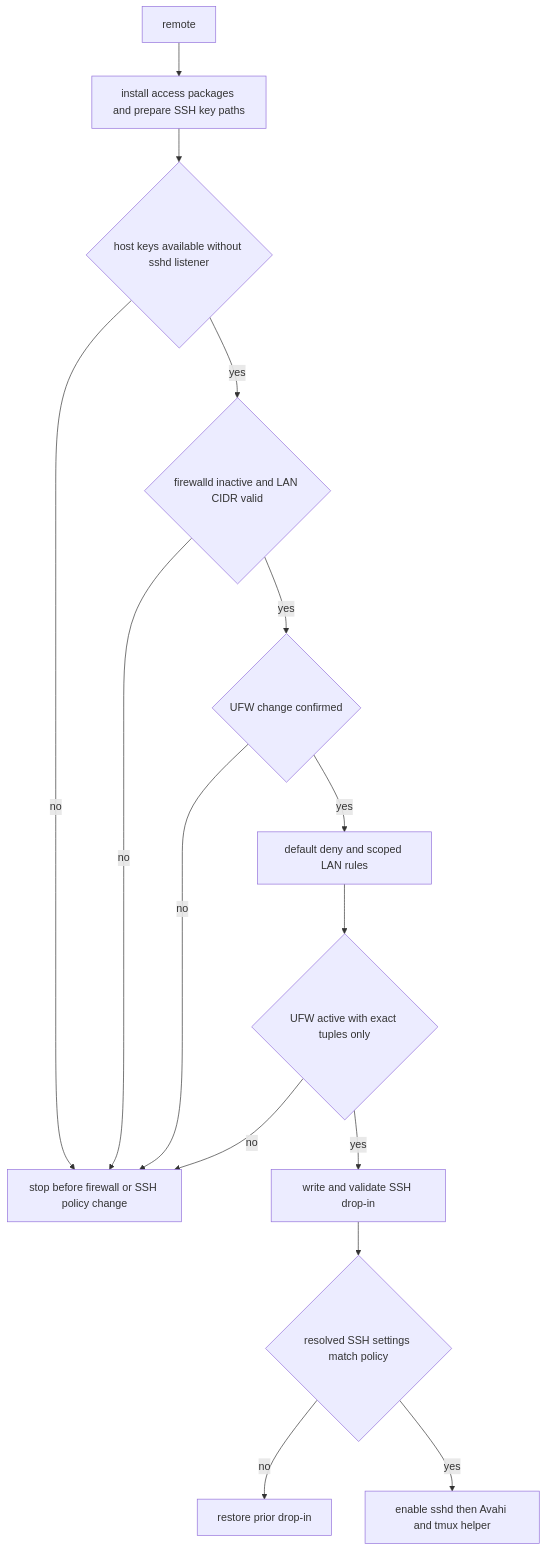
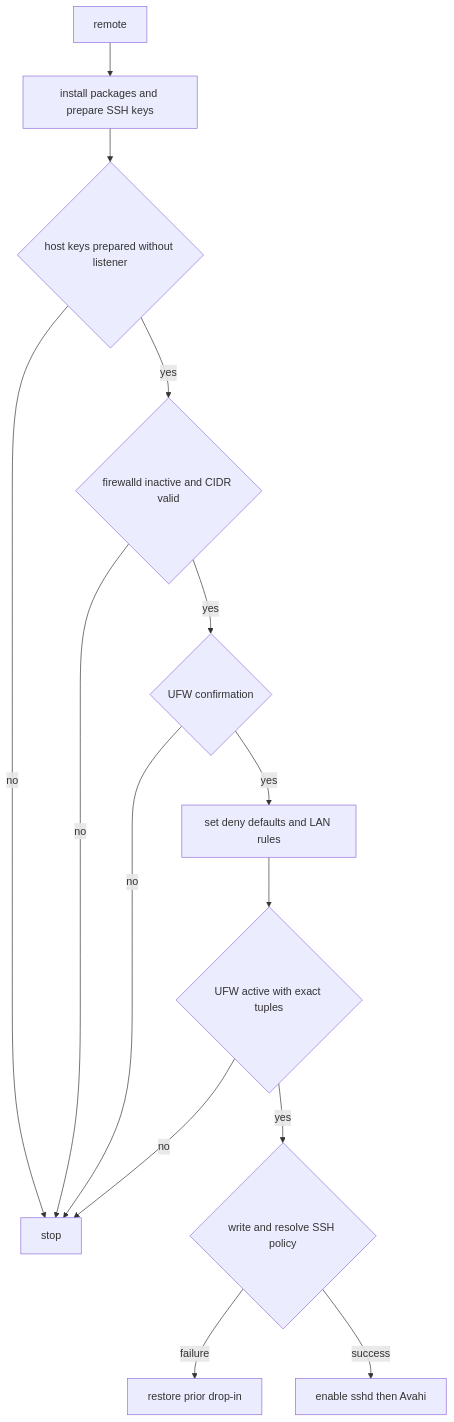
The second of 2 diagrams in openwiki/operations/system-and-lan-security.md (johnymontana/local-ai-setup), drawn with Mermaid before and after one commit. The commit also changed other lines of this file and 23 other files, not shown here.

````diff
--- a/openwiki/operations/system-and-lan-security.md
+++ b/openwiki/operations/system-and-lan-security.md
@@ -90,17 +101,16 @@
 ```mermaid
 flowchart TD
-  Begin["remote"] --> Packages["install access packages and prepare SSH key paths"]
-  Packages --> HostKeys{"host keys available without sshd listener"}
-  HostKeys -->|"no"| Halt["stop before firewall or SSH policy change"]
-  HostKeys -->|"yes"| Firewall{"firewalld inactive and LAN CIDR valid"}
-  Firewall -->|"no"| Halt
-  Firewall -->|"yes"| Consent{"UFW change confirmed"}
+  Begin["remote"] --> Prepare["install packages and prepare SSH keys"]
+  Prepare --> Keys{"host keys prepared without listener"}
+  Keys -->|"no"| Halt["stop"]
+  Keys -->|"yes"| Perimeter{"firewalld inactive and CIDR valid"}
+  Perimeter -->|"no"| Halt
+  Perimeter -->|"yes"| Consent{"UFW confirmation"}
   Consent -->|"no"| Halt
-  Consent -->|"yes"| Ufw["default deny and scoped LAN rules"]
-  Ufw --> Audit{"UFW active with exact tuples only"}
+  Consent -->|"yes"| Rules["set deny defaults and LAN rules"]
+  Rules --> Audit{"UFW active with exact tuples"}
   Audit -->|"no"| Halt
-  Audit -->|"yes"| Policy["write and validate SSH drop-in"]
-  Policy --> Effective{"resolved SSH settings match policy"}
-  Effective -->|"no"| Restore["restore prior drop-in"]
-  Effective -->|"yes"| Start["enable sshd then Avahi and tmux helper"]
+  Audit -->|"yes"| SSHPolicy{"write and resolve SSH policy"}
+  SSHPolicy -->|"failure"| Rollback["restore prior drop-in"]
+  SSHPolicy -->|"success"| Enable["enable sshd then Avahi"]
 ```
````
